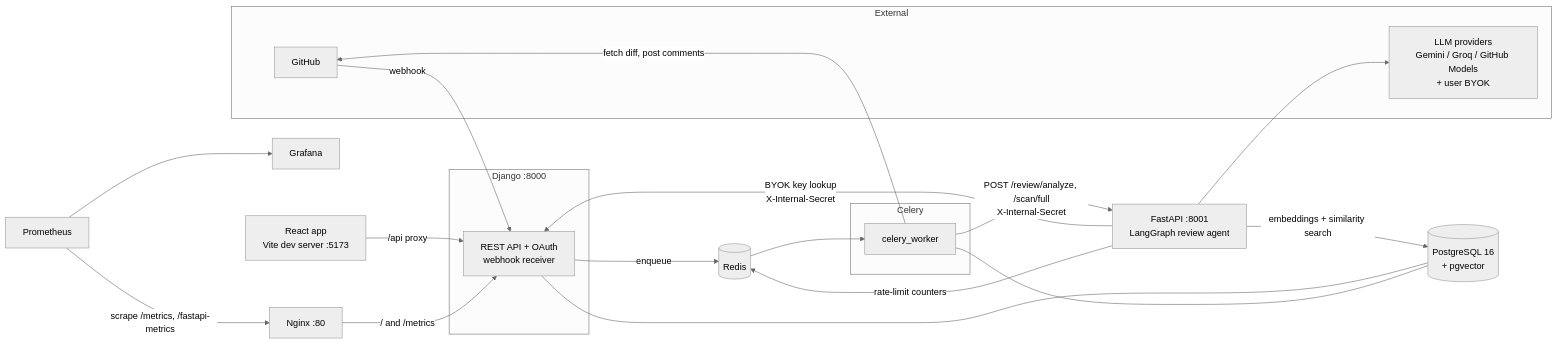
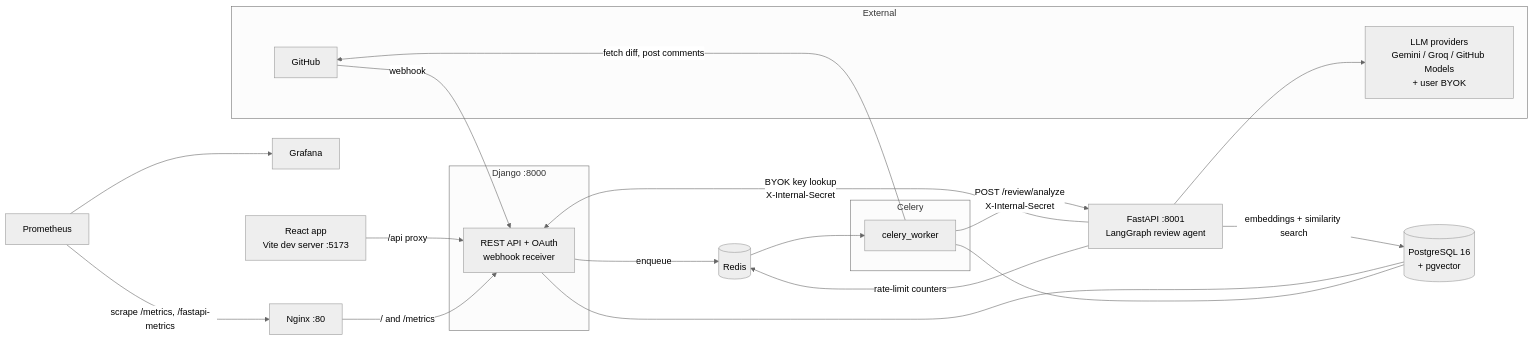
One commit to muhammedsiinanmp/Devmind changed the second of 2 diagrams in README.md. Above: the diagram before and after it, drawn with Mermaid (neutral theme). The commit also changed other lines of this file and 3 other files, not shown here.

````diff
--- a/README.md
+++ b/README.md
@@ -37,39 +37,39 @@
 ```mermaid
 flowchart LR
     subgraph External
         GH["GitHub"]
         LLM["LLM providers<br/>Gemini / Groq / GitHub Models<br/>+ user BYOK"]
     end
 
     FE["React app<br/>Vite dev server :5173"]
     NGX["Nginx :80"]
 
     subgraph Django["Django :8000"]
         API["REST API + OAuth<br/>webhook receiver"]
     end
 
     subgraph Workers["Celery"]
         CW["celery_worker"]
     end
 
     FA["FastAPI :8001<br/>LangGraph review agent"]
 
     PG[("PostgreSQL 16<br/>+ pgvector")]
     RD[("Redis")]
     PR["Prometheus"] --> GR["Grafana"]
 
     FE -->|"/api proxy"| API
     GH -->|"webhook"| API
     NGX -->|"/ and /metrics"| API
     API -->|"enqueue"| RD
     RD --> CW
     CW -->|"fetch diff, post comments"| GH
-    CW -->|"POST /review/analyze, /scan/full<br/>X-Internal-Secret"| FA
+    CW -->|"POST /review/analyze<br/>X-Internal-Secret"| FA
     FA -->|"BYOK key lookup<br/>X-Internal-Secret"| API
     FA --> LLM
     FA -->|"embeddings + similarity search"| PG
     FA -->|"rate-limit counters"| RD
     API --- PG
     CW --- PG
     PR -->|"scrape /metrics, /fastapi-metrics"| NGX
 ```
````
